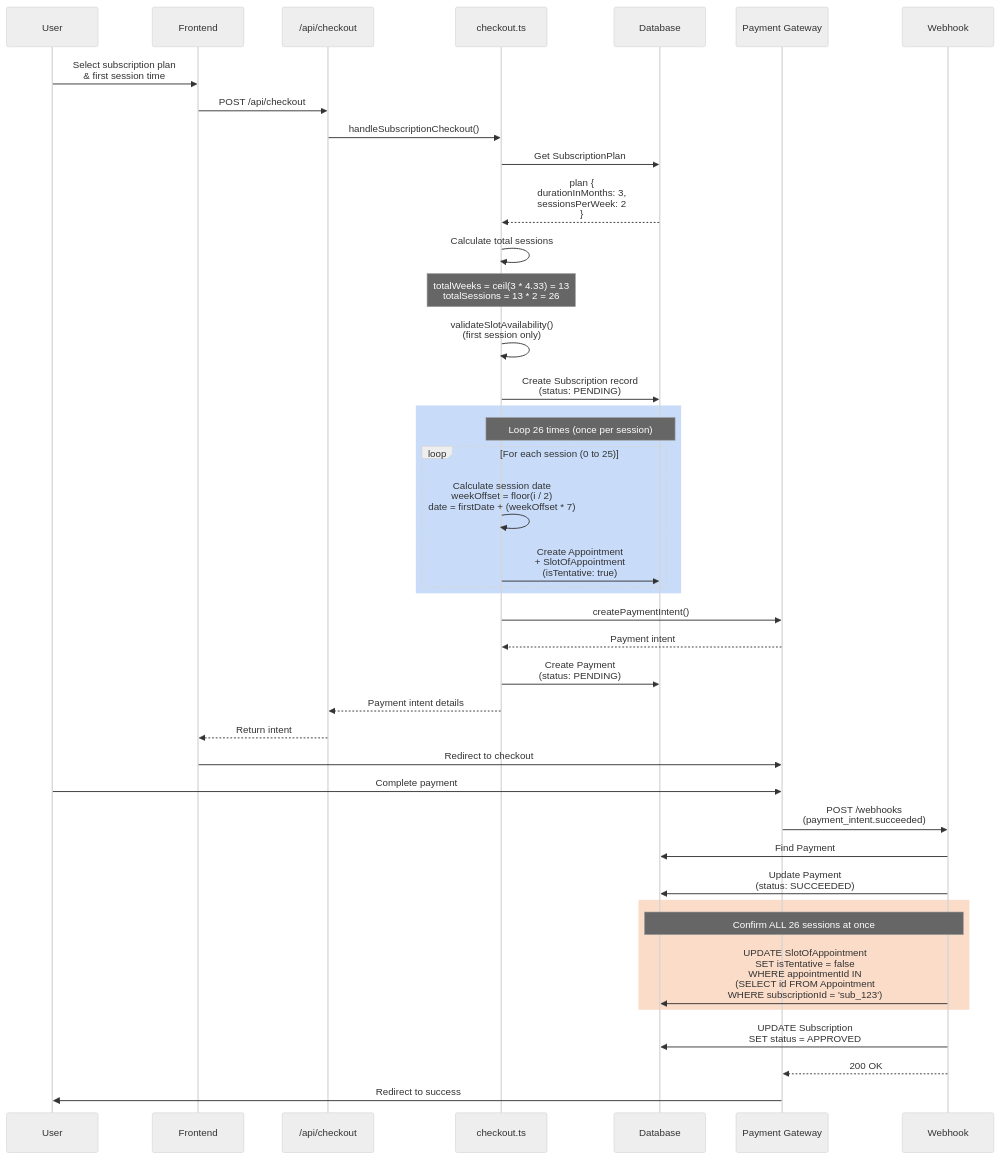
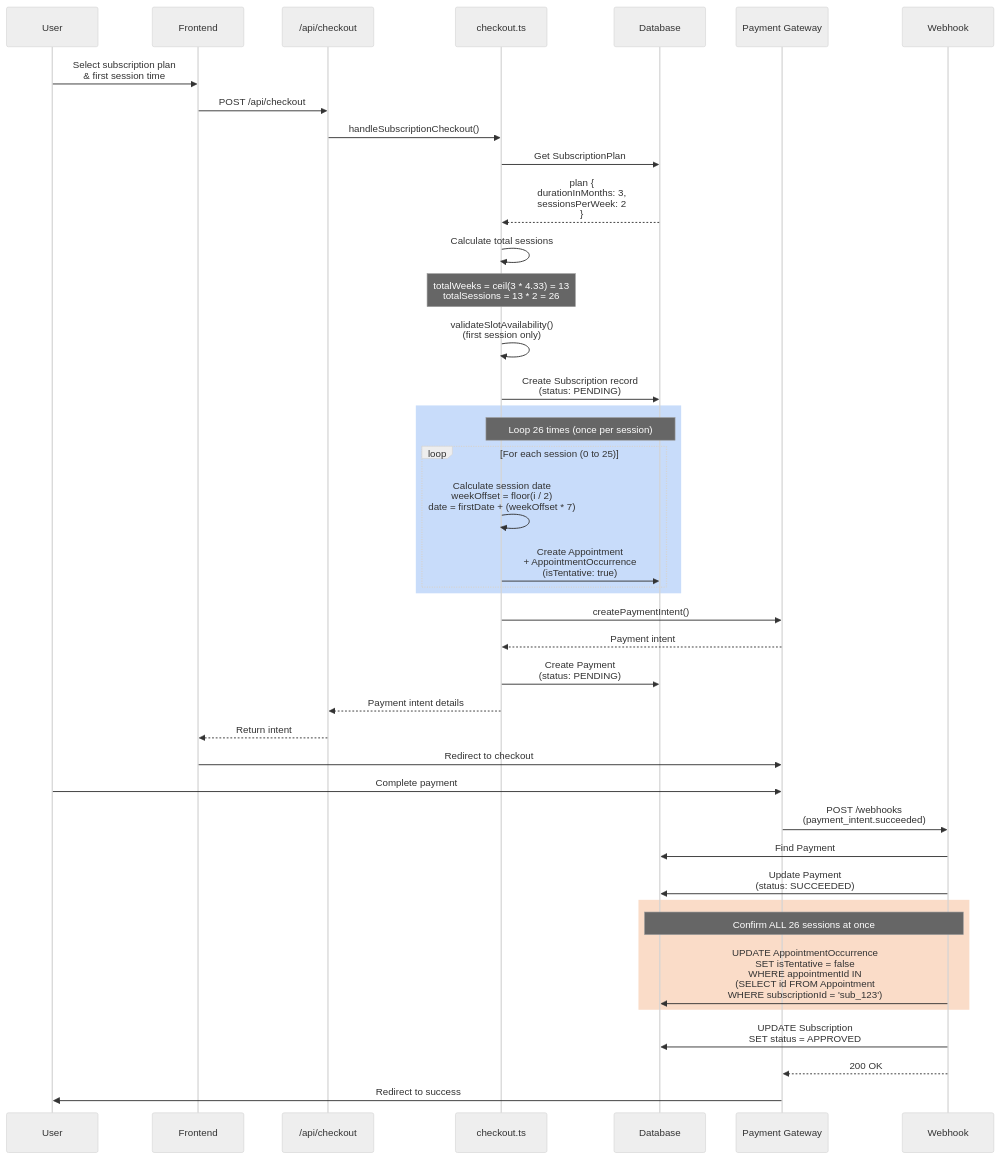
One commit to Practitionist/familiarise_web changed the second of 2 diagrams in docs/payments/checkout-flow/01-overview-and-consultation.md. Above: the diagram before and after it, drawn with Mermaid (neutral theme). The commit also changed other lines of this file and 107 other files, not shown here.

Commit message:
docs(vocabulary): the scheduling glossary, booking, feedback, support, stream and review docs speak AppointmentOccurrence, Meeting and Trial (#1554)

````diff
--- a/docs/payments/checkout-flow/01-overview-and-consultation.md
+++ b/docs/payments/checkout-flow/01-overview-and-consultation.md
@@ -918,57 +918,57 @@
 ```mermaid
 sequenceDiagram
     participant U as User
     participant FE as Frontend
     participant API as /api/checkout
     participant CO as checkout.ts
     participant DB as Database
     participant PG as Payment Gateway
     participant WH as Webhook
 
     U->>FE: Select subscription plan<br/>& first session time
     FE->>API: POST /api/checkout
 
     API->>CO: handleSubscriptionCheckout()
     CO->>DB: Get SubscriptionPlan
     DB-->>CO: plan {<br/>  durationInMonths: 3,<br/>  sessionsPerWeek: 2<br/>}
 
     CO->>CO: Calculate total sessions
     Note over CO: totalWeeks = ceil(3 * 4.33) = 13<br/>totalSessions = 13 * 2 = 26
 
     CO->>CO: validateSlotAvailability()<br/>(first session only)
 
     CO->>DB: Create Subscription record<br/>(status: PENDING)
 
     rect rgb(200, 220, 250)
         Note over CO,DB: Loop 26 times (once per session)
         loop For each session (0 to 25)
             CO->>CO: Calculate session date<br/>weekOffset = floor(i / 2)<br/>date = firstDate + (weekOffset * 7)
-            CO->>DB: Create Appointment<br/>+ SlotOfAppointment<br/>(isTentative: true)
+            CO->>DB: Create Appointment<br/>+ AppointmentOccurrence<br/>(isTentative: true)
         end
     end
 
     CO->>PG: createPaymentIntent()
     PG-->>CO: Payment intent
 
     CO->>DB: Create Payment<br/>(status: PENDING)
     CO-->>API: Payment intent details
     API-->>FE: Return intent
 
     FE->>PG: Redirect to checkout
     U->>PG: Complete payment
 
     PG->>WH: POST /webhooks<br/>(payment_intent.succeeded)
 
     WH->>DB: Find Payment
     WH->>DB: Update Payment<br/>(status: SUCCEEDED)
 
     rect rgb(250, 220, 200)
         Note over WH,DB: Confirm ALL 26 sessions at once
-        WH->>DB: UPDATE SlotOfAppointment<br/>SET isTentative = false<br/>WHERE appointmentId IN<br/>  (SELECT id FROM Appointment<br/>   WHERE subscriptionId = 'sub_123')
+        WH->>DB: UPDATE AppointmentOccurrence<br/>SET isTentative = false<br/>WHERE appointmentId IN<br/>  (SELECT id FROM Appointment<br/>   WHERE subscriptionId = 'sub_123')
     end
 
     WH->>DB: UPDATE Subscription<br/>SET status = APPROVED
 
     WH-->>PG: 200 OK
     PG->>U: Redirect to success
 ```
````
